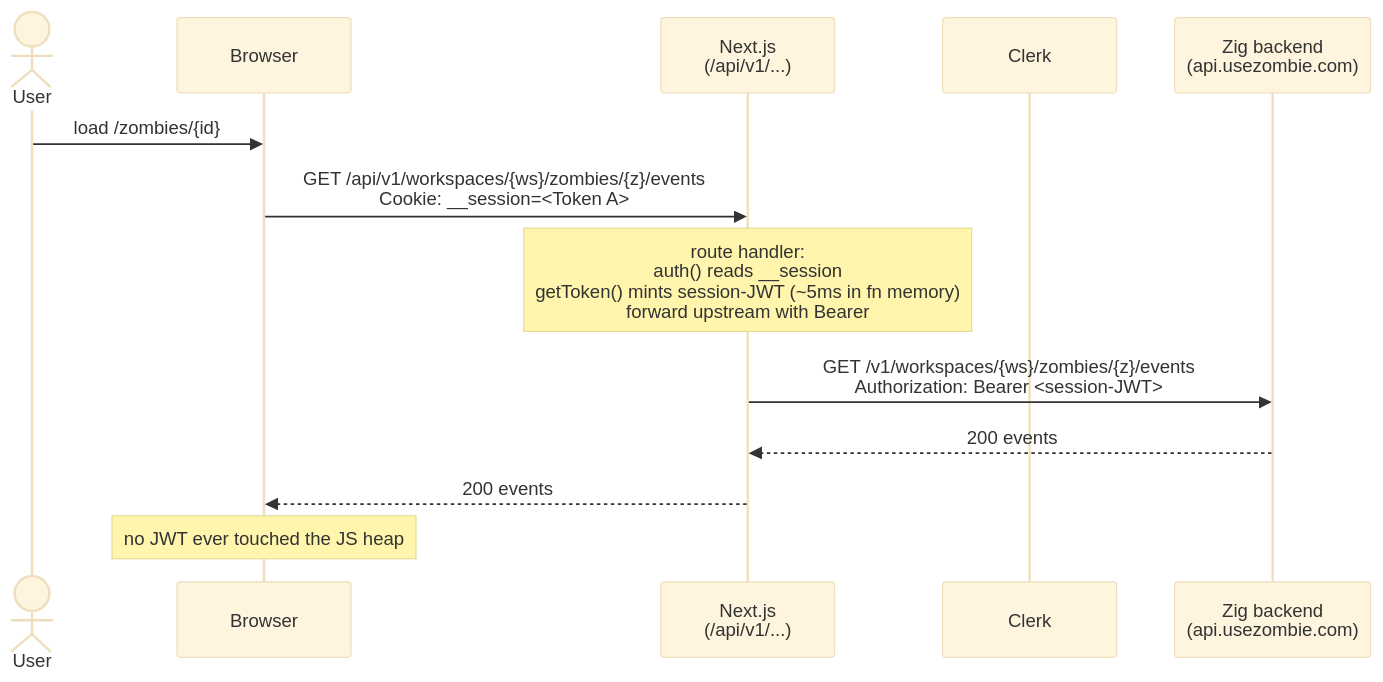
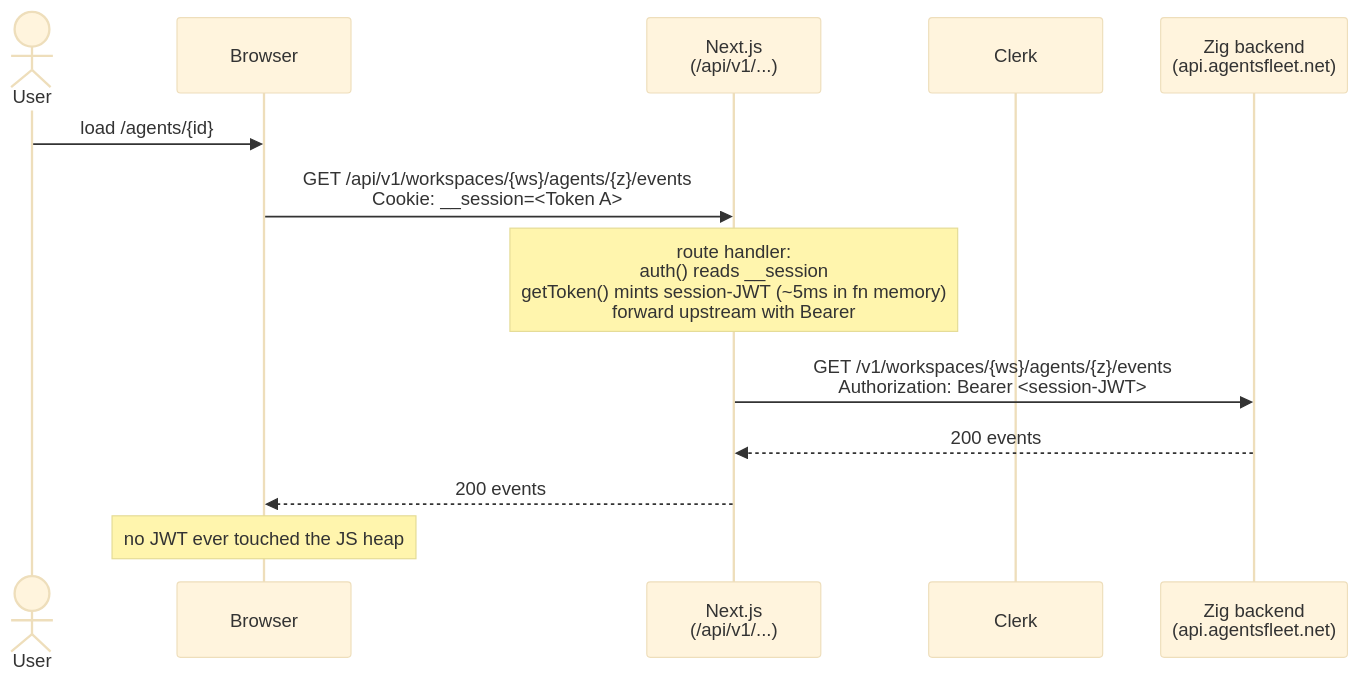
Before and after one commit to agentsfleet/agentsfleet: the eighth of 9 diagrams in docs/AUTH.md, drawn with Mermaid (base theme). The commit also changed other lines of this file and 209 other files, not shown here.

````diff
--- a/docs/AUTH.md
+++ b/docs/AUTH.md
@@ -581,16 +581,16 @@
 ```mermaid
 sequenceDiagram
     actor User
     participant Browser
     participant Next as Next.js<br/>(/api/v1/...)
     participant Clerk
-    participant API as Zig backend<br/>(api.usezombie.com)
+    participant API as Zig backend<br/>(api.agentsfleet.net)
 
-    User->>Browser: load /zombies/{id}
-    Browser->>Next: GET /api/v1/workspaces/{ws}/zombies/{z}/events<br/>Cookie: __session=<Token A>
+    User->>Browser: load /agents/{id}
+    Browser->>Next: GET /api/v1/workspaces/{ws}/agents/{z}/events<br/>Cookie: __session=<Token A>
     Note over Next: route handler:<br/>auth() reads __session<br/>getToken() mints session-JWT (~5ms in fn memory)<br/>forward upstream with Bearer
-    Next->>API: GET /v1/workspaces/{ws}/zombies/{z}/events<br/>Authorization: Bearer <session-JWT>
+    Next->>API: GET /v1/workspaces/{ws}/agents/{z}/events<br/>Authorization: Bearer <session-JWT>
     API-->>Next: 200 events
     Next-->>Browser: 200 events
     Note over Browser: no JWT ever touched the JS heap
 ```
````
